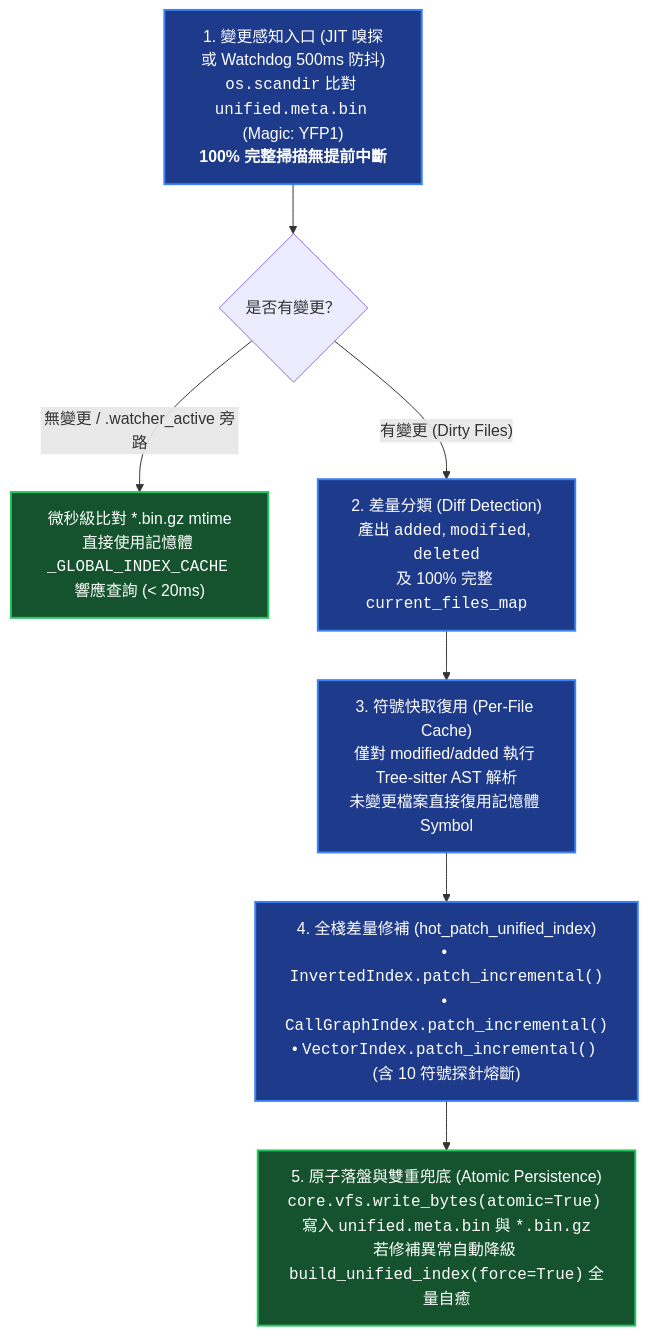
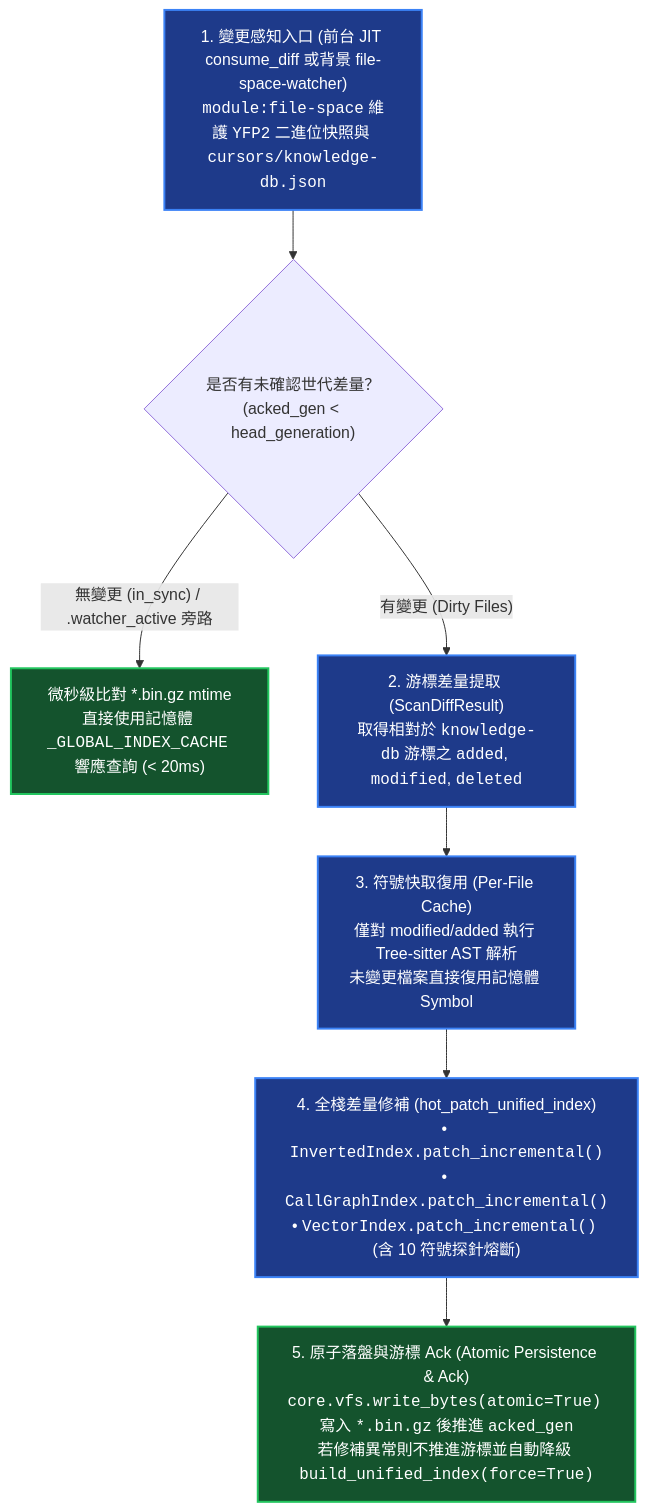
The diagram in docs/knowledge-db/incremental_hot_reload.md (ysnaive/ys-codebase), drawn with Mermaid before and after one commit. The commit also changed other lines of this file and 125 other files, not shown here.

First line of the commit message:
feat(file-space,knowledge-db,core,agents-workflow): introduce file-space module, contributes merge DSL, and self-healing fixes

````diff
--- a/docs/knowledge-db/incremental_hot_reload.md
+++ b/docs/knowledge-db/incremental_hot_reload.md
@@ -25,17 +28,17 @@
 ```mermaid
 graph TD
     classDef step fill:#1e3a8a,stroke:#3b82f6,stroke-width:2px,color:#fff;
     classDef opt fill:#14532d,stroke:#22c55e,stroke-width:2px,color:#fff;
 
-    A["1. 變更感知入口 (JIT 嗅探或 Watchdog 500ms 防抖)<br/><code>os.scandir</code> 比對 <code>unified.meta.bin</code> (Magic: YFP1)<br/><b>100% 完整掃描無提前中斷</b>"]:::step
-    --> B{"是否有變更？"}
+    A["1. 變更感知入口 (前台 JIT consume_diff 或背景 file-space-watcher)<br/><code>module:file-space</code> 維護 <code>YFP2</code> 二進位快照與 <code>cursors/knowledge-db.json</code>"]:::step
+    --> B{"是否有未確認世代差量？<br/>(acked_gen &lt; head_generation)"}
     
-    B -- "無變更 / .watcher_active 旁路" --> C["微秒級比對 *.bin.gz mtime<br/>直接使用記憶體 <code>_GLOBAL_INDEX_CACHE</code> 響應查詢 (< 20ms)"]:::opt
-    B -- "有變更 (Dirty Files)" --> D["2. 差量分類 (Diff Detection)<br/>產出 <code>added</code>, <code>modified</code>, <code>deleted</code><br/>及 100% 完整 <code>current_files_map</code>"]:::step
+    B -- "無變更 (in_sync) / .watcher_active 旁路" --> C["微秒級比對 *.bin.gz mtime<br/>直接使用記憶體 <code>_GLOBAL_INDEX_CACHE</code> 響應查詢 (&lt; 20ms)"]:::opt
+    B -- "有變更 (Dirty Files)" --> D["2. 游標差量提取 (ScanDiffResult)<br/>取得相對於 <code>knowledge-db</code> 游標之 <code>added</code>, <code>modified</code>, <code>deleted</code>"]:::step
 
     D --> E["3. 符號快取復用 (Per-File Cache)<br/>僅對 modified/added 執行 Tree-sitter AST 解析<br/>未變更檔案直接復用記憶體 Symbol"]:::step
     
     E --> F["4. 全棧差量修補 (hot_patch_unified_index)<br/>• <code>InvertedIndex.patch_incremental()</code><br/>• <code>CallGraphIndex.patch_incremental()</code><br/>• <code>VectorIndex.patch_incremental()</code> (含 10 符號探針熔斷)"]:::step
     
-    F --> G["5. 原子落盤與雙重兜底 (Atomic Persistence)<br/><code>core.vfs.write_bytes(atomic=True)</code> 寫入 <code>unified.meta.bin</code> 與 <code>*.bin.gz</code><br/>若修補異常自動降級 <code>build_unified_index(force=True)</code> 全量自癒"]:::opt
+    F --> G["5. 原子落盤與游標 Ack (Atomic Persistence & Ack)<br/><code>core.vfs.write_bytes(atomic=True)</code> 寫入 <code>*.bin.gz</code> 後推進 <code>acked_gen</code><br/>若修補異常則不推進游標並自動降級 <code>build_unified_index(force=True)</code>"]:::opt
 ```
````
